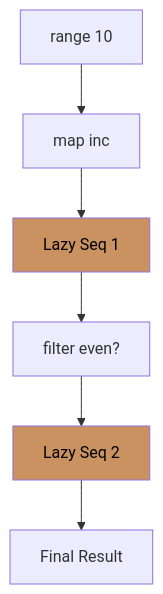
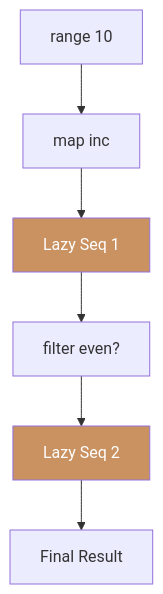
Before and after one commit to wahidyankf/open-sharia-enterprise: the eighth of 10 diagrams in apps/ayokoding-web/content/en/learn/software-engineering/programming-languages/clojure/by-example/intermediate.md, drawn with Mermaid. The commit also changed other lines of this file and 61 other files, not shown here.

First line of the commit message:
fix(ayokoding-web): quote Mermaid node labels with special characters in Example 63

````diff
--- a/apps/ayokoding-web/content/en/learn/software-engineering/programming-languages/clojure/by-example/intermediate.md
+++ b/apps/ayokoding-web/content/en/learn/software-engineering/programming-languages/clojure/by-example/intermediate.md
@@ -683,11 +683,11 @@
 ```mermaid
 graph TD
     R1[range 10] --> R2[map inc]
     R2 --> R3[Lazy Seq 1]
     R3 --> R4[filter even?]
     R4 --> R5[Lazy Seq 2]
     R5 --> R6[Final Result]
 
-    style R3 fill:#CA9161,color:#000
-    style R5 fill:#CA9161,color:#000
+    style R3 fill:#CA9161,color:#fff
+    style R5 fill:#CA9161,color:#fff
 ```
````
